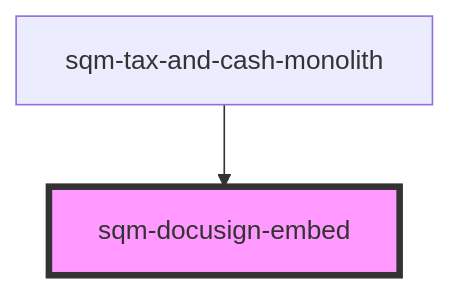
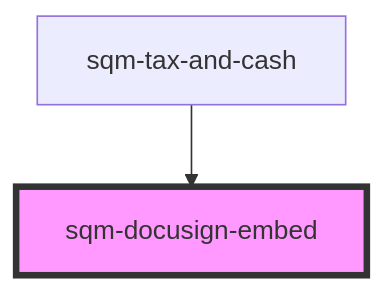
One commit to saasquatch/program-tools changed the diagram in packages/mint-components/src/components/sqm-docusign-embed/readme.md. Above: the diagram before and after it, drawn with Mermaid. The commit also changed other lines of this file and 21 other files, not shown here.

````diff
--- a/packages/mint-components/src/components/sqm-docusign-embed/readme.md
+++ b/packages/mint-components/src/components/sqm-docusign-embed/readme.md
@@ -22,5 +22,5 @@
 ```mermaid
 graph TD;
-  sqm-tax-and-cash-monolith --> sqm-docusign-embed
+  sqm-tax-and-cash --> sqm-docusign-embed
   style sqm-docusign-embed fill:#f9f,stroke:#333,stroke-width:4px
 ```
````
